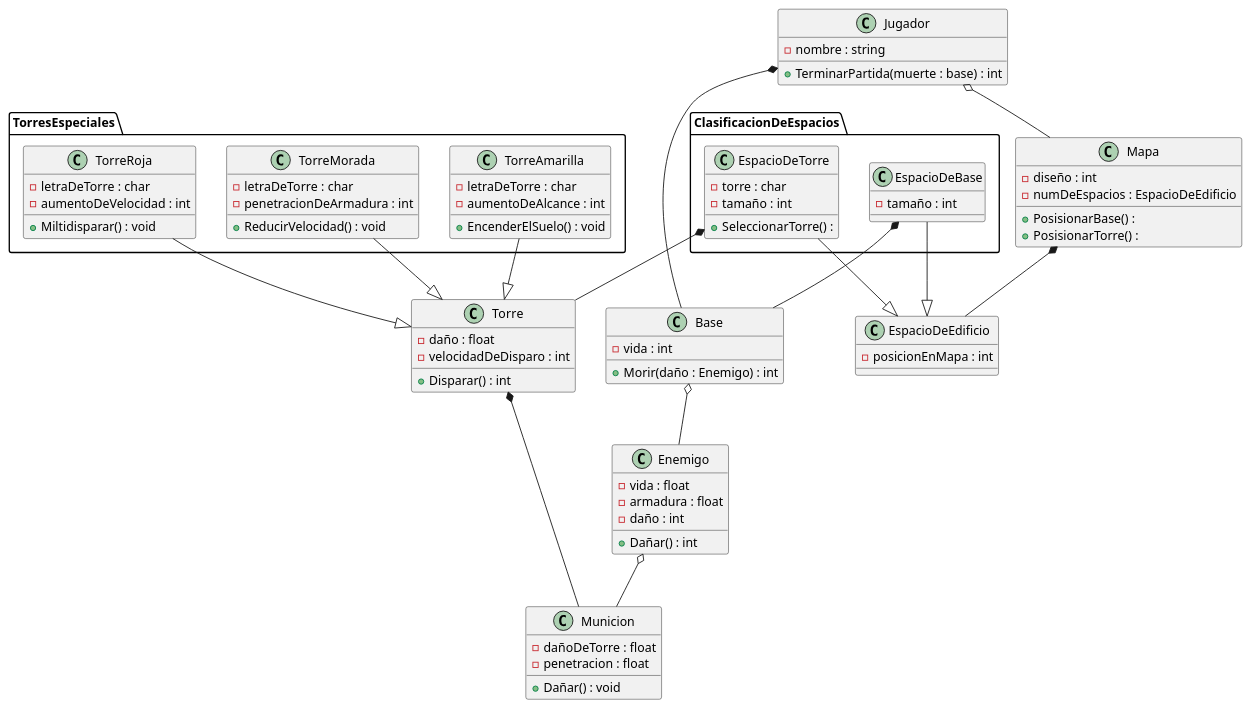
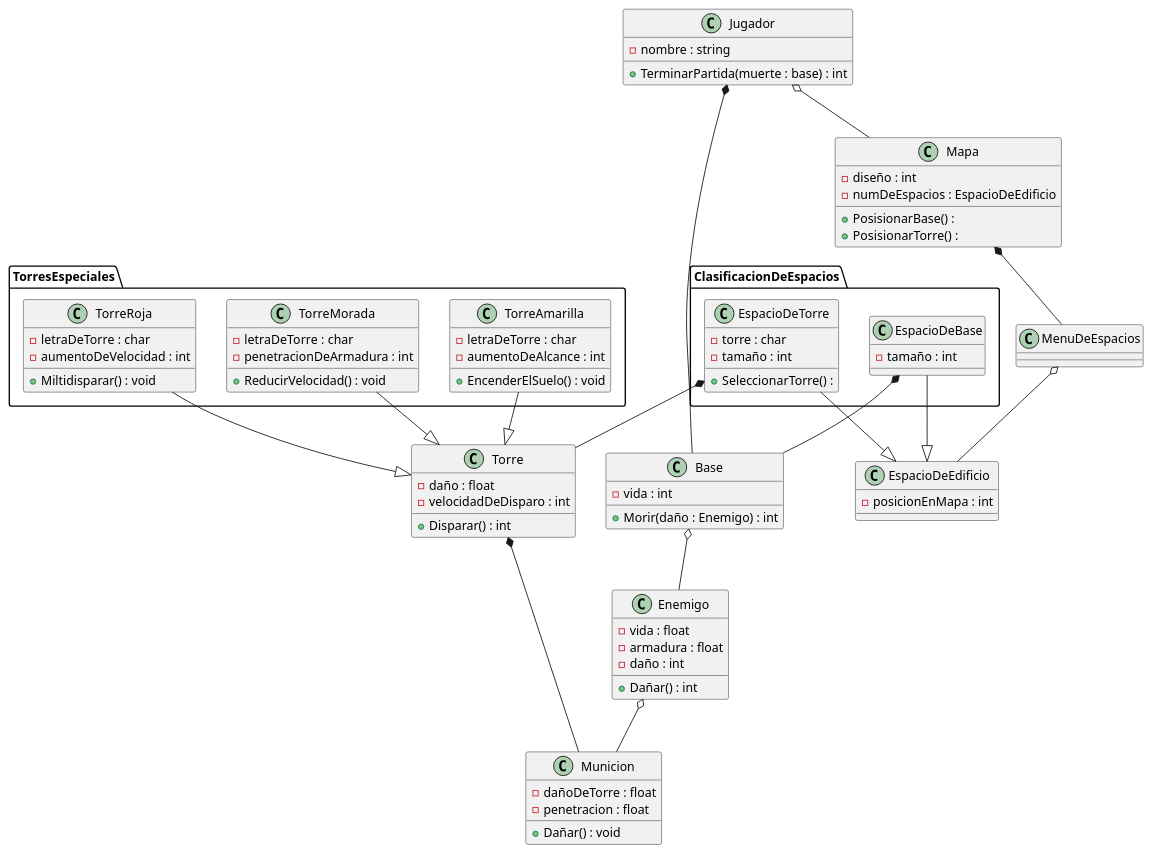
The diagram in docs/TDG.puml (GustavoFern/tower-defense), drawn with PlantUML before and after one commit.

Commit message:
v0.121  "Revision UML 1.1"

```diff
--- a/docs/TDG.puml
+++ b/docs/TDG.puml
@@ -1,79 +1,84 @@
 @startuml TDG
 
 class Jugador{
     -nombre : string
     +TerminarPartida(muerte : base) : int
 }
 class Torre{
     -daño : float
     -velocidadDeDisparo : int
     +Disparar() : int
 }
 class Base{
     -vida : int
     +Morir(daño : Enemigo) : int
 }
 class Enemigo{
     -vida : float
     -armadura : float
     -daño : int
     +Dañar() : int
 }
 class Mapa{
     -diseño : int
     -numDeEspacios : EspacioDeEdificio
     +PosisionarBase() : 
     +PosisionarTorre() : 
 }
 class EspacioDeEdificio{
     -posicionEnMapa : int
 }
 package ClasificacionDeEspacios{
 class EspacioDeTorre{
     -torre : char
     -tamaño : int
     +SeleccionarTorre() : 
 }
 class EspacioDeBase{
     -tamaño : int
 }
 }
 package TorresEspeciales{
     class TorreRoja{
         -letraDeTorre : char
         -aumentoDeVelocidad : int
         +Miltidisparar() : void
     }
     class TorreAmarilla{
         -letraDeTorre : char
         -aumentoDeAlcance : int
         +EncenderElSuelo() : void
     }
     class TorreMorada{
         -letraDeTorre : char
         -penetracionDeArmadura : int
         +ReducirVelocidad() : void
     }
 }
 class Municion{
     -dañoDeTorre : float
     -penetracion : float
     +Dañar() : void
 }
+class MenuDeEspacios{
+
+}
 
 
 TorreRoja --|> Torre
 TorreAmarilla --|> Torre
 TorreMorada --|> Torre
 EspacioDeTorre --|> EspacioDeEdificio
 EspacioDeBase --|> EspacioDeEdificio
 Jugador *-- Base
 Base o-- Enemigo
 Enemigo o-- Municion
 Torre *-- Municion
-Mapa *-- EspacioDeEdificio
+MenuDeEspacios o-- EspacioDeEdificio
 Jugador o-- Mapa
 EspacioDeBase *-- Base
 EspacioDeTorre *-- Torre
+Mapa *-- MenuDeEspacios
+
 
 @enduml 
```
